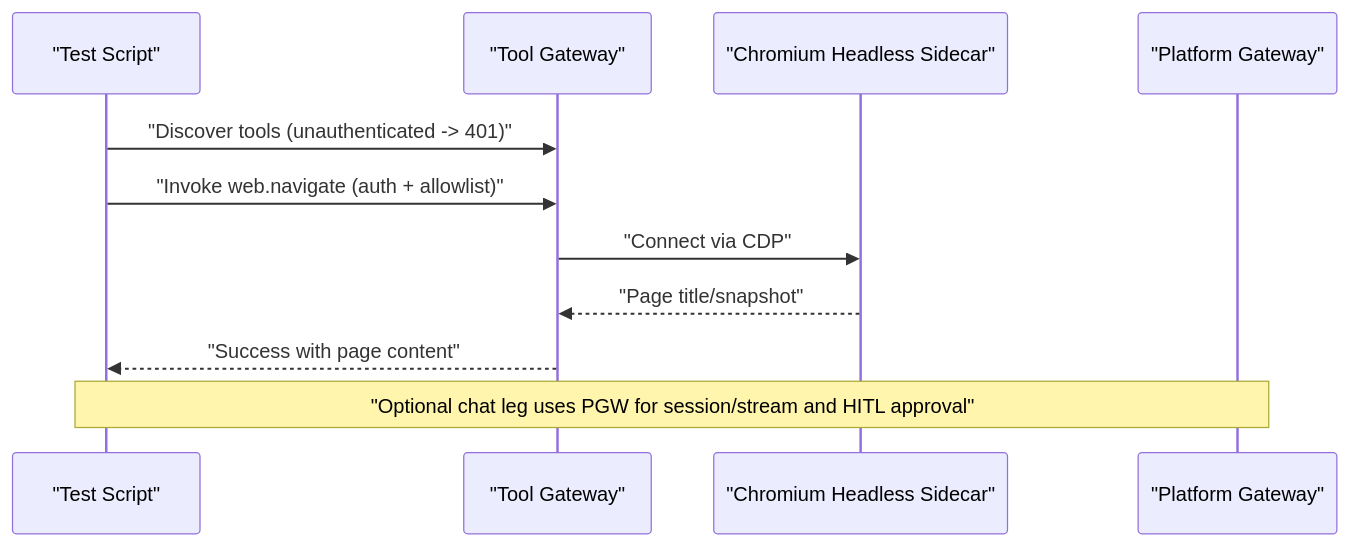
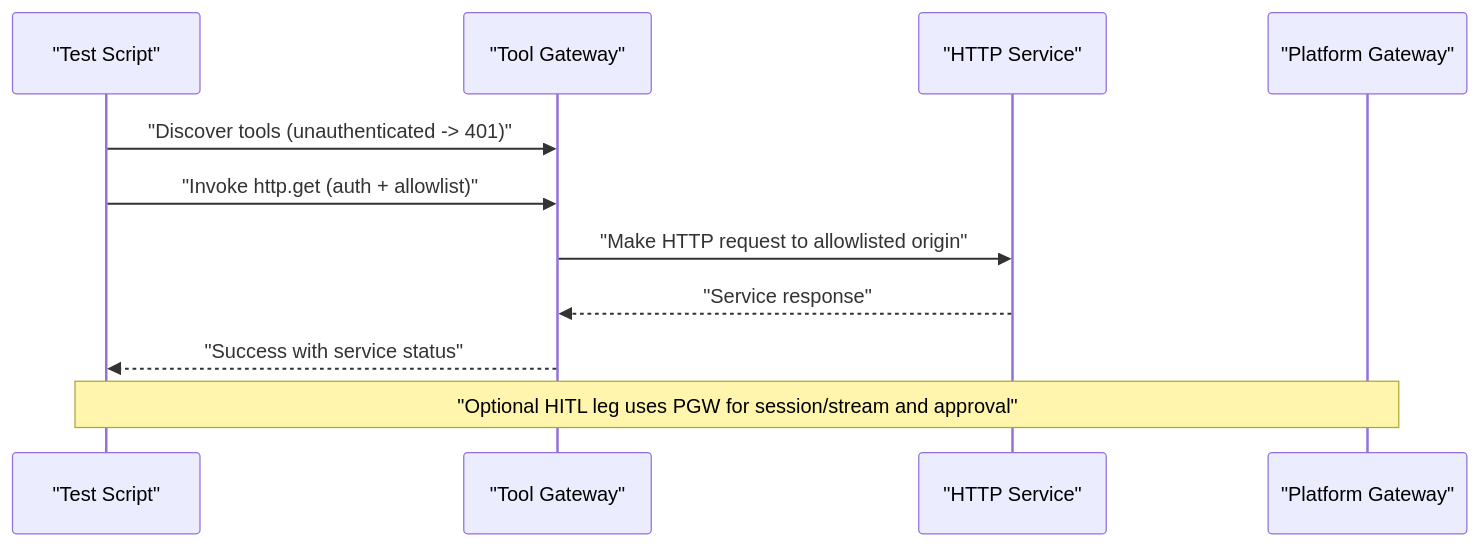
Before and after one commit to metasync/luban-aiops: the third of 7 diagrams in .qoder/repowiki/en/content/Deployment and Operations/Kubernetes Deployment/Deployment Verification.md, drawn with Mermaid. The commit also changed other lines of this file and 102 other files, not shown here.

````diff
--- a/.qoder/repowiki/en/content/Deployment and Operations/Kubernetes Deployment/Deployment Verification.md
+++ b/.qoder/repowiki/en/content/Deployment and Operations/Kubernetes Deployment/Deployment Verification.md
@@ -195,13 +207,13 @@
 ```mermaid
 sequenceDiagram
 participant Client as "Test Script"
 participant TG as "Tool Gateway"
-participant CH as "Chromium Headless Sidecar"
+participant SH as "HTTP Service"
 participant PGW as "Platform Gateway"
 Client->>TG : "Discover tools (unauthenticated -> 401)"
-Client->>TG : "Invoke web.navigate (auth + allowlist)"
-TG->>CH : "Connect via CDP"
-CH-->>TG : "Page title/snapshot"
-TG-->>Client : "Success with page content"
-Note over Client,PGW : "Optional chat leg uses PGW for session/stream and HITL approval"
+Client->>TG : "Invoke http.get (auth + allowlist)"
+TG->>SH : "Make HTTP request to allowlisted origin"
+SH-->>TG : "Service response"
+TG-->>Client : "Success with service status"
+Note over Client,PGW : "Optional HITL leg uses PGW for session/stream and approval"
 ```
````
